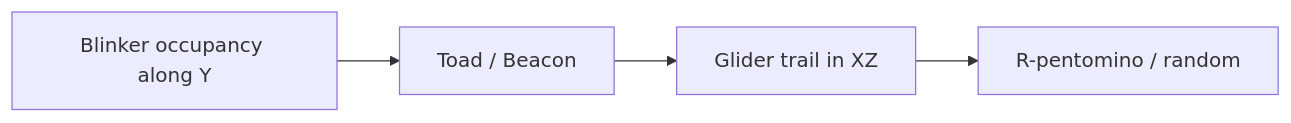
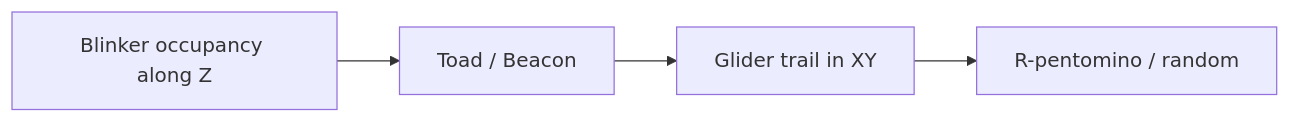
One commit to PiMaV/DONNER changed the fifth of 7 diagrams in architecture.md. Above: the diagram before and after it, drawn with Mermaid. The commit also changed other lines of this file and 17 other files, not shown here.

````diff
--- a/architecture.md
+++ b/architecture.md
@@ -91,6 +102,6 @@
 ```mermaid
 flowchart LR
-  blinker[Blinker occupancy along Y] --> osc2[Toad / Beacon]
-  osc2 --> glider[Glider trail in XZ]
+  blinker[Blinker occupancy along Z] --> osc2[Toad / Beacon]
+  osc2 --> glider[Glider trail in XY]
   glider --> soup[R-pentomino / random]
 ```
````
